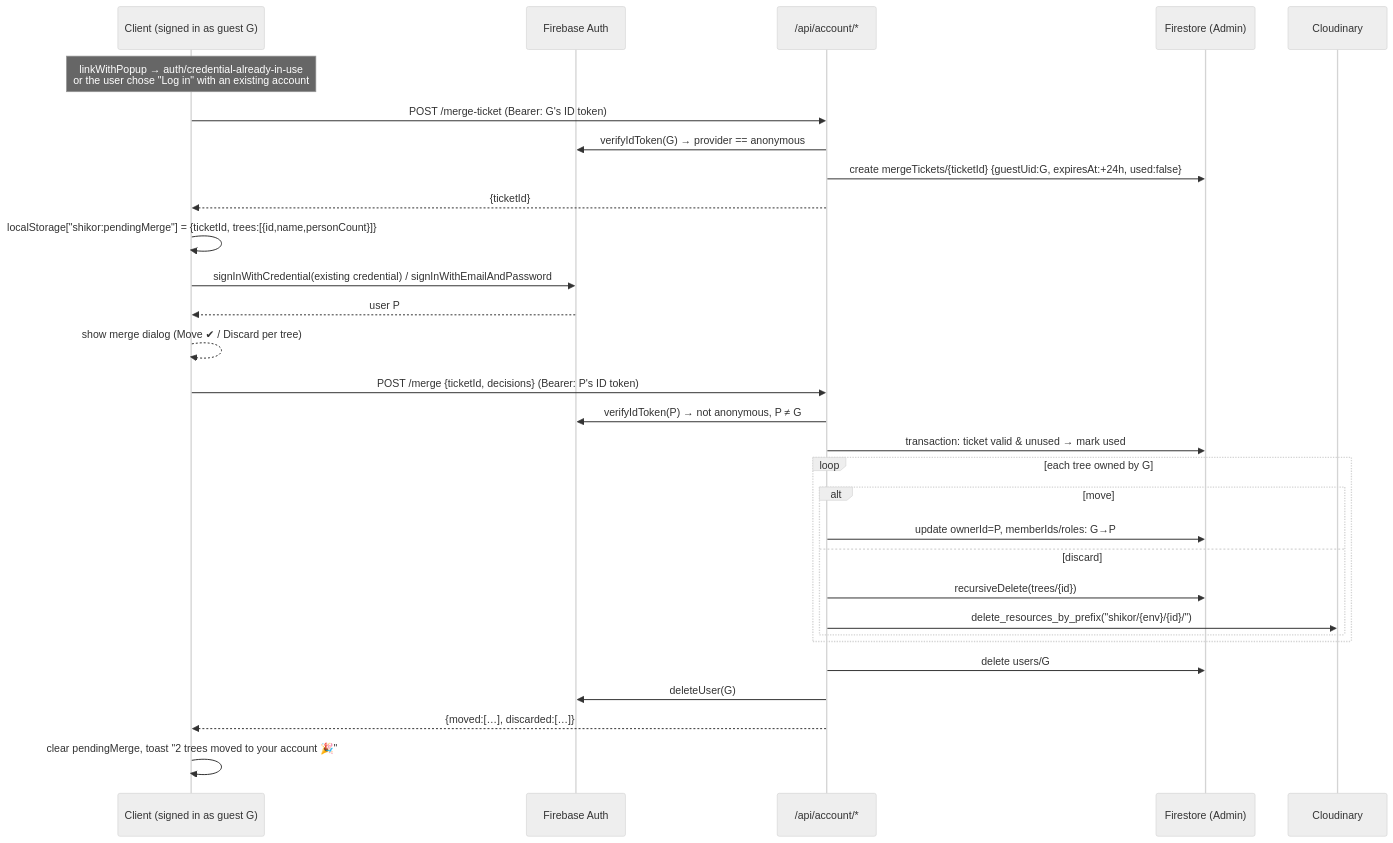
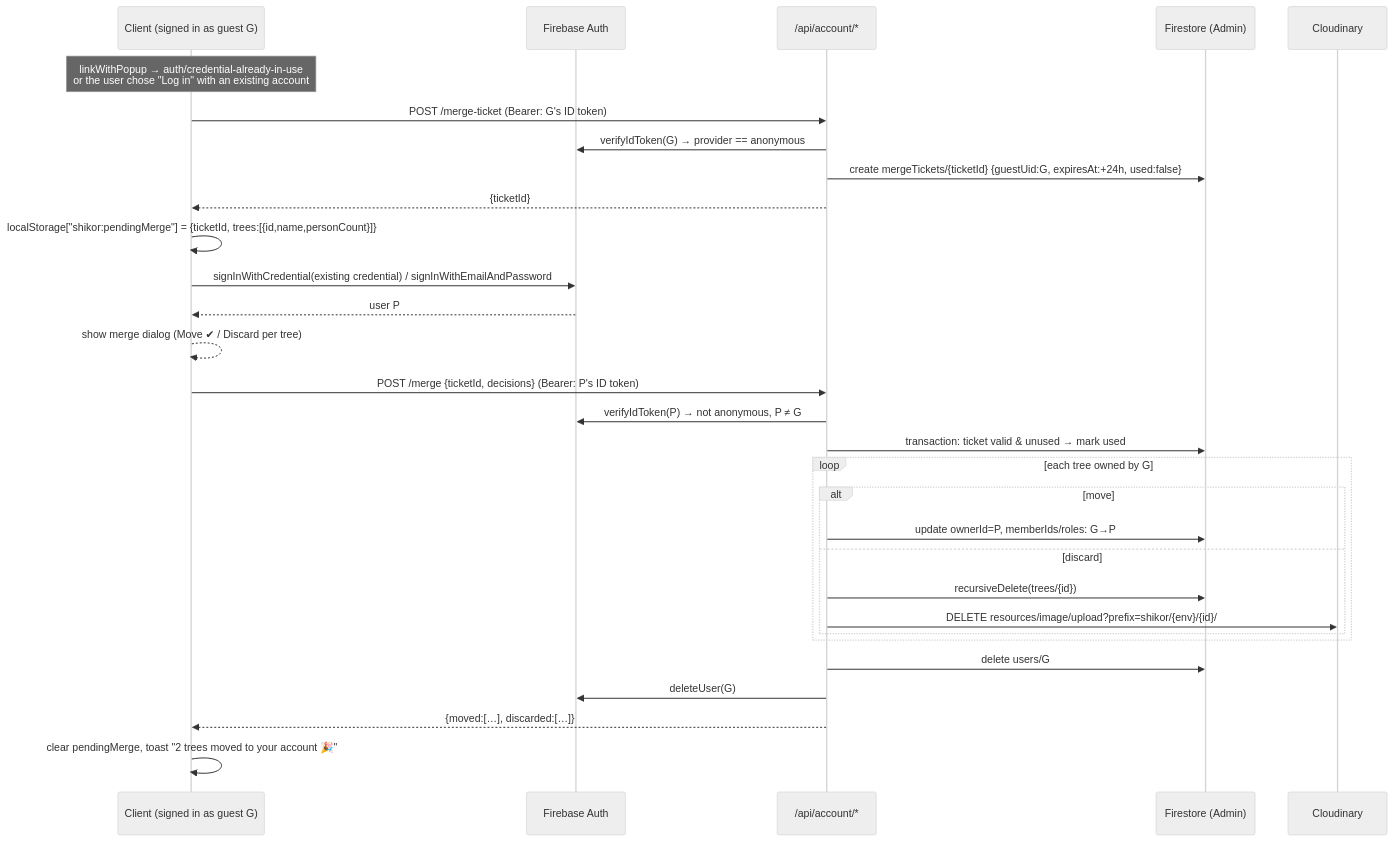
Before and after one commit to redwanhasan980/Family-Tree: the fourth of 8 diagrams in docs/DESIGN.md, drawn with Mermaid (neutral theme). The commit also changed other lines of this file and 7 other files, not shown here.

````diff
--- a/docs/DESIGN.md
+++ b/docs/DESIGN.md
@@ -629,32 +629,32 @@
 ```mermaid
 sequenceDiagram
     participant C as Client (signed in as guest G)
     participant A as Firebase Auth
     participant S as /api/account/*
     participant F as Firestore (Admin)
     participant K as Cloudinary
     Note over C: linkWithPopup → auth/credential-already-in-use<br/>or the user chose "Log in" with an existing account
     C->>S: POST /merge-ticket  (Bearer: G's ID token)
     S->>A: verifyIdToken(G) → provider == anonymous
     S->>F: create mergeTickets/{ticketId} {guestUid:G, expiresAt:+24h, used:false}
     S-->>C: {ticketId}
     C->>C: localStorage["shikor:pendingMerge"] = {ticketId, trees:[{id,name,personCount}]}
     C->>A: signInWithCredential(existing credential) / signInWithEmailAndPassword
     A-->>C: user P
     C-->>C: show merge dialog (Move ✔ / Discard per tree)
     C->>S: POST /merge {ticketId, decisions}  (Bearer: P's ID token)
     S->>A: verifyIdToken(P) → not anonymous, P ≠ G
     S->>F: transaction: ticket valid & unused → mark used
     loop each tree owned by G
         alt move
             S->>F: update ownerId=P, memberIds/roles: G→P
         else discard
             S->>F: recursiveDelete(trees/{id})
-            S->>K: delete_resources_by_prefix("shikor/{env}/{id}/")
+            S->>K: DELETE resources/image/upload?prefix=shikor/{env}/{id}/
         end
     end
     S->>F: delete users/G
     S->>A: deleteUser(G)
     S-->>C: {moved:[…], discarded:[…]}
     C->>C: clear pendingMerge, toast "2 trees moved to your account 🎉"
 ```
````
